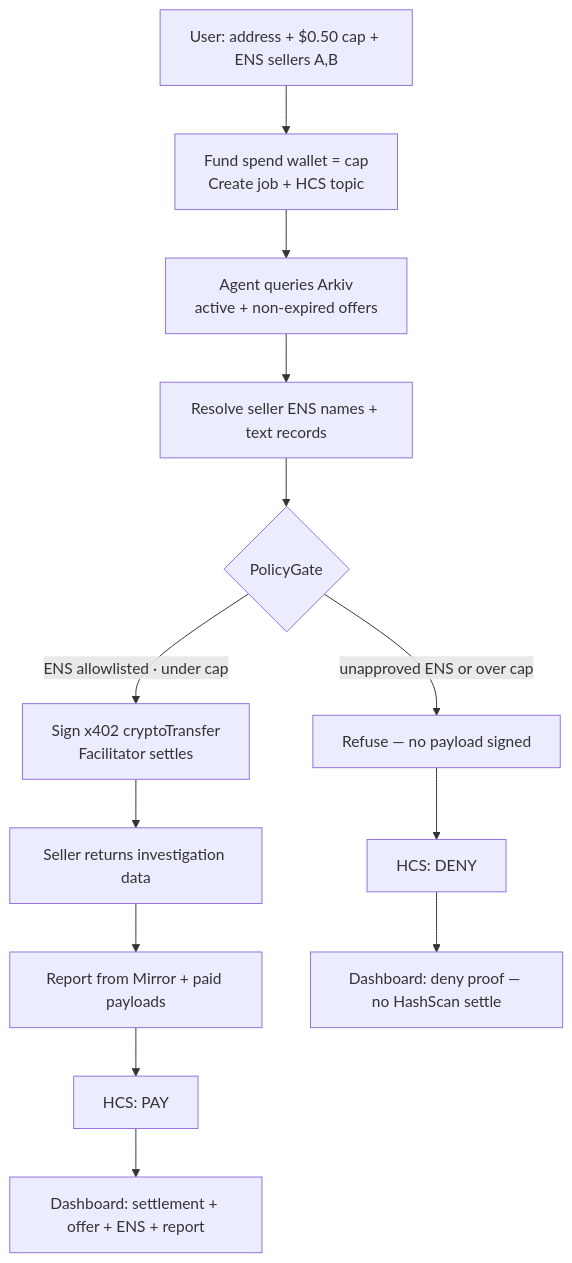
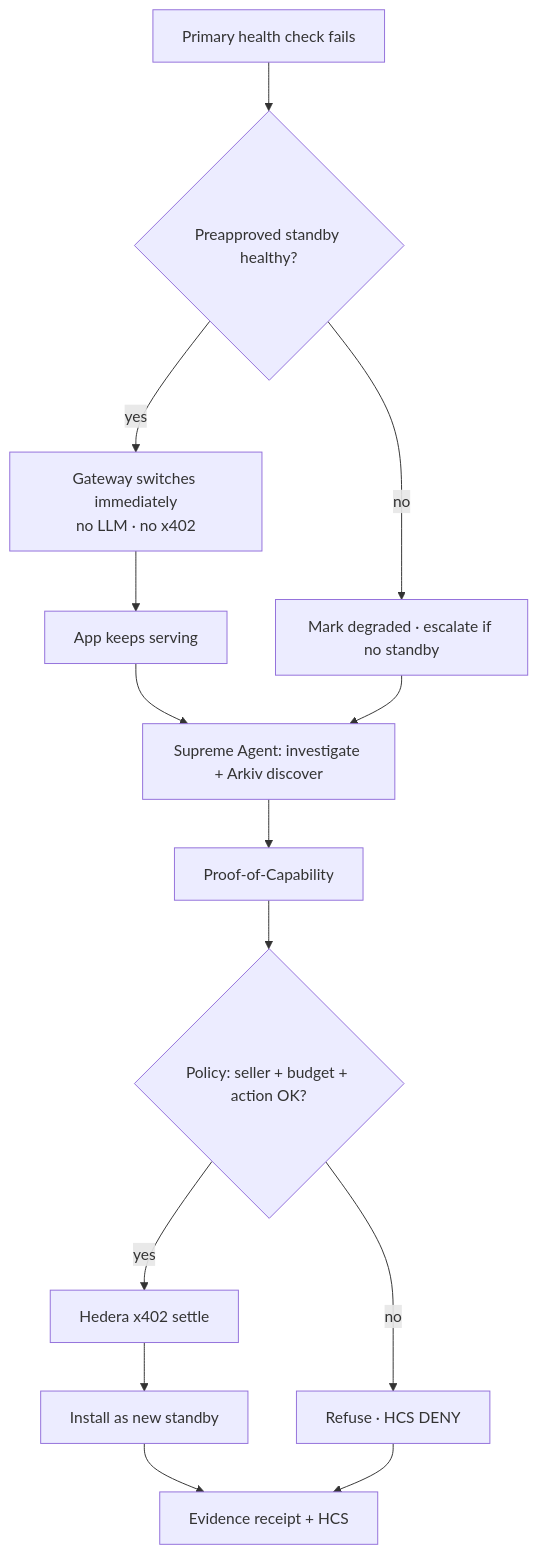
The second of 3 diagrams in README.md (Shadow-Ash/NeverDown), drawn with Mermaid before and after one commit. The commit also changed other lines of this file, not shown here.

````diff
--- a/README.md
+++ b/README.md
@@ -136,17 +313,16 @@
 ```mermaid
 flowchart TD
-  Start["User: address + $0.50 cap + ENS sellers A,B"] --> Fund["Fund spend wallet = cap\nCreate job + HCS topic"]
-  Fund --> Query["Agent queries Arkiv\nactive + non-expired offers"]
-  Query --> Resolve["Resolve seller ENS names + text records"]
-  Resolve --> Gate{"PolicyGate"}
-
-  Gate -->|"ENS allowlisted · under cap"| Pay["Sign x402 cryptoTransfer\nFacilitator settles"]
-  Pay --> Data["Seller returns investigation data"]
-  Data --> Evidence["Report from Mirror + paid payloads"]
-  Evidence --> LogPay["HCS: PAY"]
-  LogPay --> Dash["Dashboard: settlement + offer + ENS + report"]
-
-  Gate -->|"unapproved ENS or over cap"| Ref["Refuse — no payload signed"]
-  Ref --> LogDeny["HCS: DENY"]
-  LogDeny --> Dash2["Dashboard: deny proof — no HashScan settle"]
+  Fail["Primary health check fails"] --> Fast{"Preapproved standby healthy?"}
+  Fast -->|yes| Switch["Gateway switches immediately\nno LLM · no x402"]
+  Switch --> Serve["App keeps serving"]
+  Fast -->|no| Alert["Mark degraded · escalate if no standby"]
+  Serve --> Procure["Supreme Agent: investigate + Arkiv discover"]
+  Alert --> Procure
+  Procure --> PoC["Proof-of-Capability"]
+  PoC --> Gate{"Policy: seller + budget + action OK?"}
+  Gate -->|yes| Pay["Hedera x402 settle"]
+  Pay --> Install["Install as new standby"]
+  Gate -->|no| Deny["Refuse · HCS DENY"]
+  Install --> Evidence["Evidence receipt + HCS"]
+  Deny --> Evidence
 ```
````
